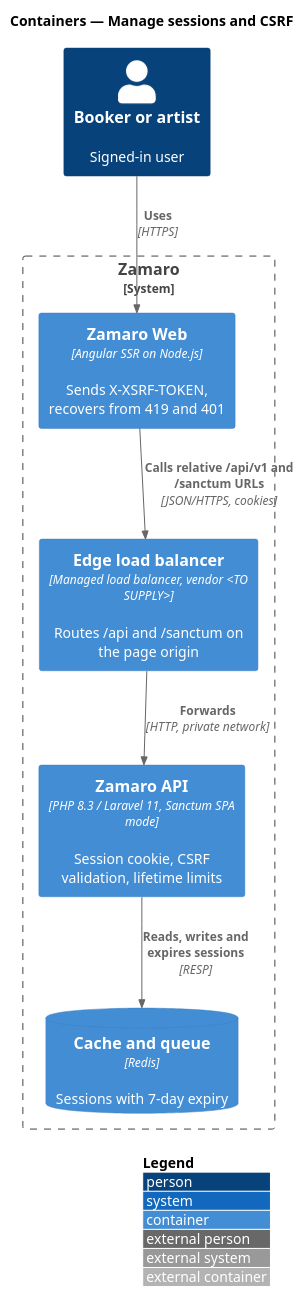
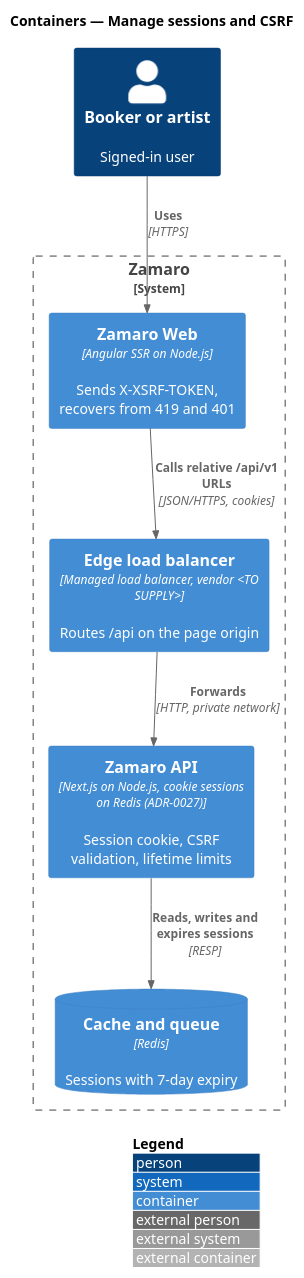
One commit to QuinntyneBrown/zamaro changed the diagram in docs/detailed-designs/security/manage-sessions-and-csrf/diagrams/c4-container.puml. Above: the diagram before and after it, drawn with PlantUML. The commit also changed 20 other files, not shown here.

First line of the commit message:
refactor(csrf,e2e): move to the ADR-0027 endpoint and CLI names

```diff
--- a/docs/detailed-designs/security/manage-sessions-and-csrf/diagrams/c4-container.puml
+++ b/docs/detailed-designs/security/manage-sessions-and-csrf/diagrams/c4-container.puml
@@ -1,17 +1,17 @@
 @startuml
 !include <C4/C4_Container>
 LAYOUT_WITH_LEGEND()
 title Containers — Manage sessions and CSRF
 
 Person(user, "Booker or artist", "Signed-in user")
 System_Boundary(zamaro, "Zamaro") {
-  Container(edge, "Edge load balancer", "Managed load balancer, vendor <TO SUPPLY>", "Routes /api and /sanctum on the page origin")
+  Container(edge, "Edge load balancer", "Managed load balancer, vendor <TO SUPPLY>", "Routes /api on the page origin")
   Container(web, "Zamaro Web", "Angular SSR on Node.js", "Sends X-XSRF-TOKEN, recovers from 419 and 401")
-  Container(api, "Zamaro API", "PHP 8.3 / Laravel 11, Sanctum SPA mode", "Session cookie, CSRF validation, lifetime limits")
+  Container(api, "Zamaro API", "Next.js on Node.js, cookie sessions on Redis (ADR-0027)", "Session cookie, CSRF validation, lifetime limits")
   ContainerDb(cache, "Cache and queue", "Redis", "Sessions with 7-day expiry")
 }
 Rel(user, web, "Uses", "HTTPS")
-Rel(web, edge, "Calls relative /api/v1 and /sanctum URLs", "JSON/HTTPS, cookies")
+Rel(web, edge, "Calls relative /api/v1 URLs", "JSON/HTTPS, cookies")
 Rel(edge, api, "Forwards", "HTTP, private network")
 Rel(api, cache, "Reads, writes and expires sessions", "RESP")
 @enduml
```
